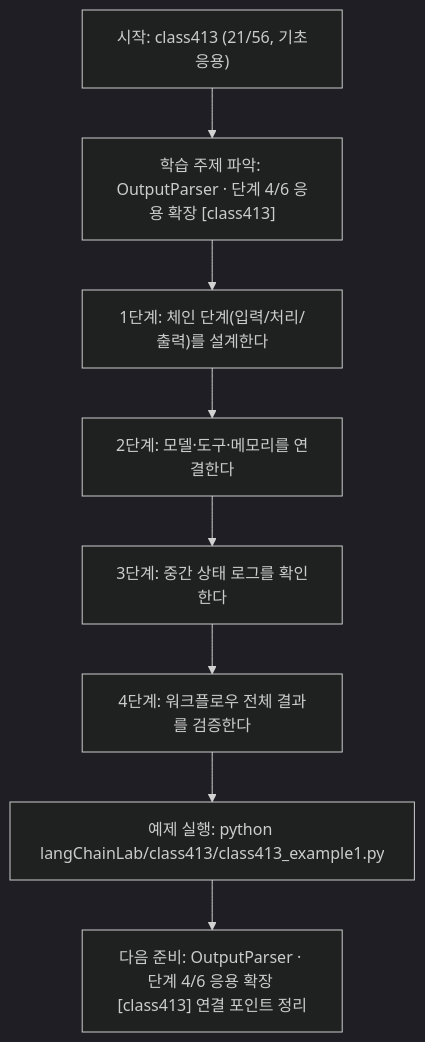
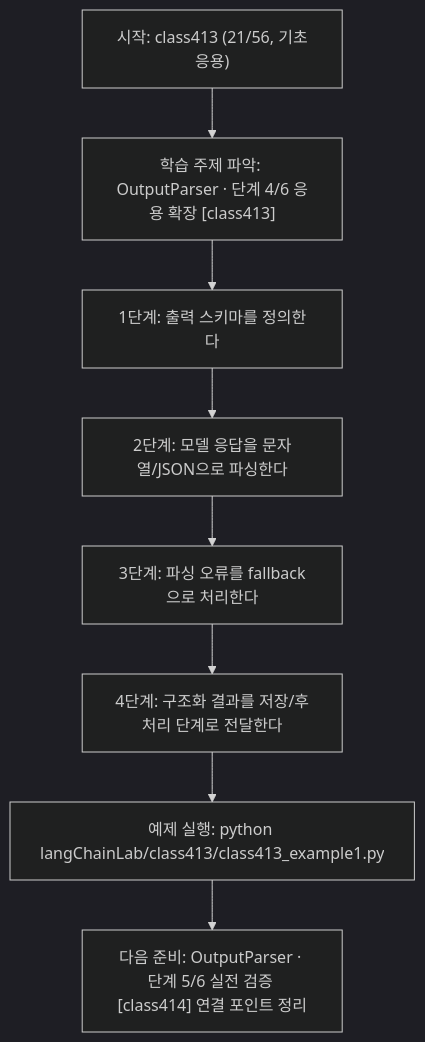
Before and after one commit to edumgt/Python-AI_Agent-Class: the diagram in langChainLab/class413/class413.md, drawn with Mermaid (dark theme). The commit also changed other lines of this file and 395 other files, not shown here.

````diff
--- a/langChainLab/class413/class413.md
+++ b/langChainLab/class413/class413.md
@@ -108,18 +90,18 @@
 ```mermaid
 flowchart TD
 N1["시작: class413 (21/56, 기초응용)"]
 N2["학습 주제 파악: OutputParser · 단계 4/6 응용 확장 [class413]"]
-N3["1단계: 체인 단계(입력/처리/출력)를 설계한다"]
-N4["2단계: 모델·도구·메모리를 연결한다"]
-N5["3단계: 중간 상태 로그를 확인한다"]
-N6["4단계: 워크플로우 전체 결과를 검증한다"]
+N3["1단계: 출력 스키마를 정의한다"]
+N4["2단계: 모델 응답을 문자열/JSON으로 파싱한다"]
+N5["3단계: 파싱 오류를 fallback으로 처리한다"]
+N6["4단계: 구조화 결과를 저장/후처리 단계로 전달한다"]
 N7["예제 실행: python langChainLab/class413/class413_example1.py"]
-N8["다음 준비: OutputParser · 단계 4/6 응용 확장 [class413] 연결 포인트 정리"]
+N8["다음 준비: OutputParser · 단계 5/6 실전 검증 [class414] 연결 포인트 정리"]
 N1 --> N2
 N2 --> N3
 N3 --> N4
 N4 --> N5
 N5 --> N6
 N6 --> N7
 N7 --> N8
 ```
````
